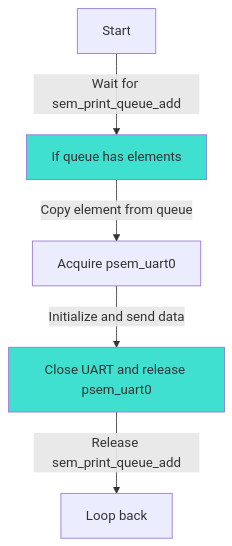
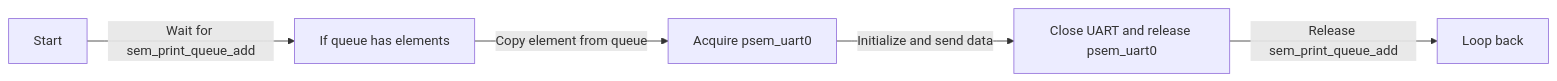
One commit to TortoisesSAO/CodesDevice changed the second of 2 diagrams in README.md. Above: the diagram before and after it, drawn with Mermaid. The commit also changed other lines of this file, not shown here.

````diff
--- a/README.md
+++ b/README.md
@@ -112,11 +112,7 @@
-<div class="mermaid">
-  graph TD
-    A[Start] -->|Wait for sem_print_queue_add| B[If queue has elements]
-    B -->|Copy element from queue| C[Acquire psem_uart0]
-    C -->|Initialize and send data| D[Close UART and release psem_uart0]
-    D -->|Release sem_print_queue_add| E[Loop back]
-    
-    classDef shared-element fill:#40E0D0;
-    class B shared-element;
-    class D shared-element;
-</div>
+```mermaid
+flowchart LR
+    A[Start] -->|Wait for sem_print_queue_add| B[If queue has elements];
+    B -->|Copy element from queue| C[Acquire psem_uart0];
+    C -->|Initialize and send data| D[Close UART and release psem_uart0];
+    D -->|Release sem_print_queue_add| E[Loop back];
+```
````
